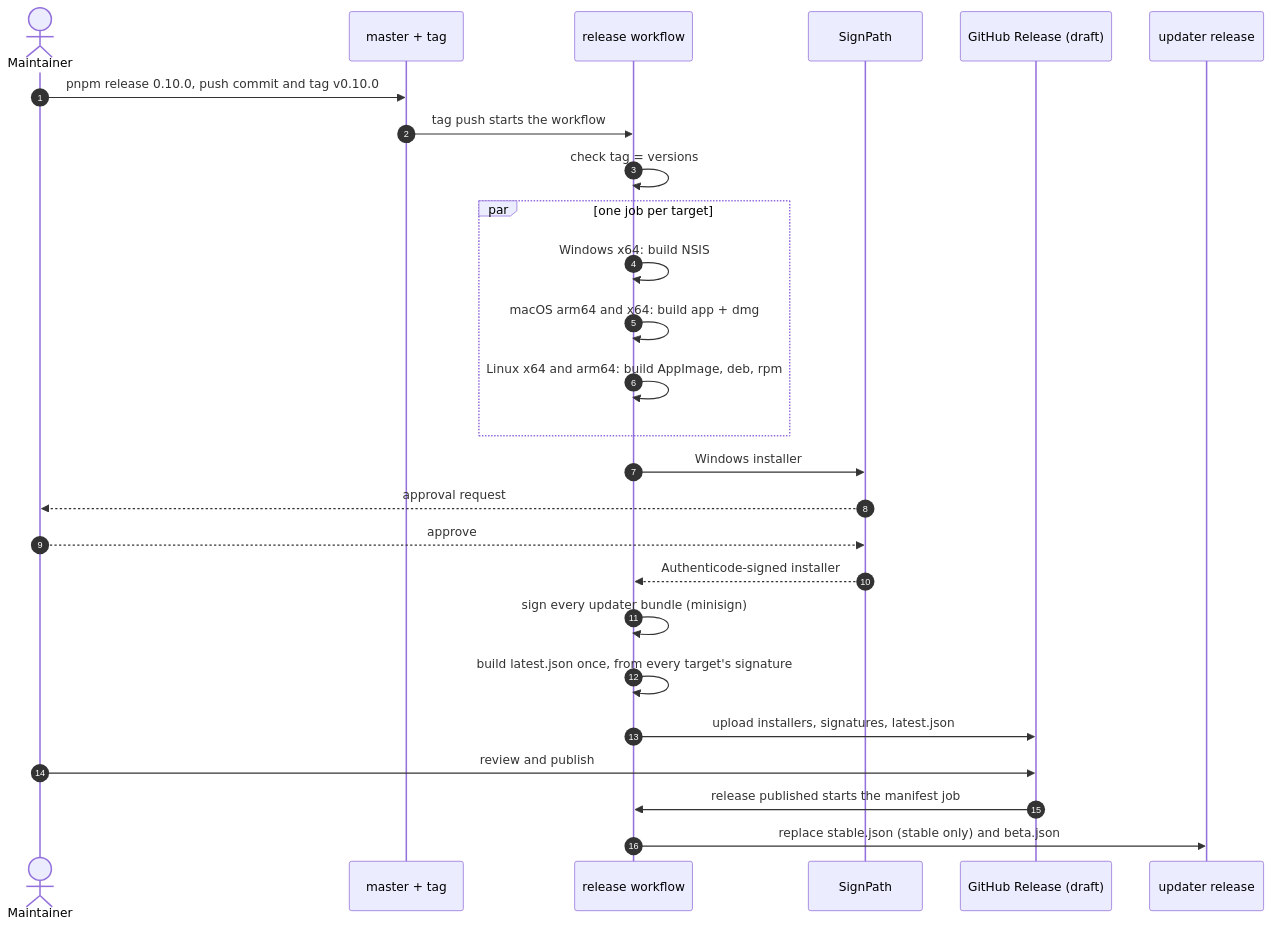
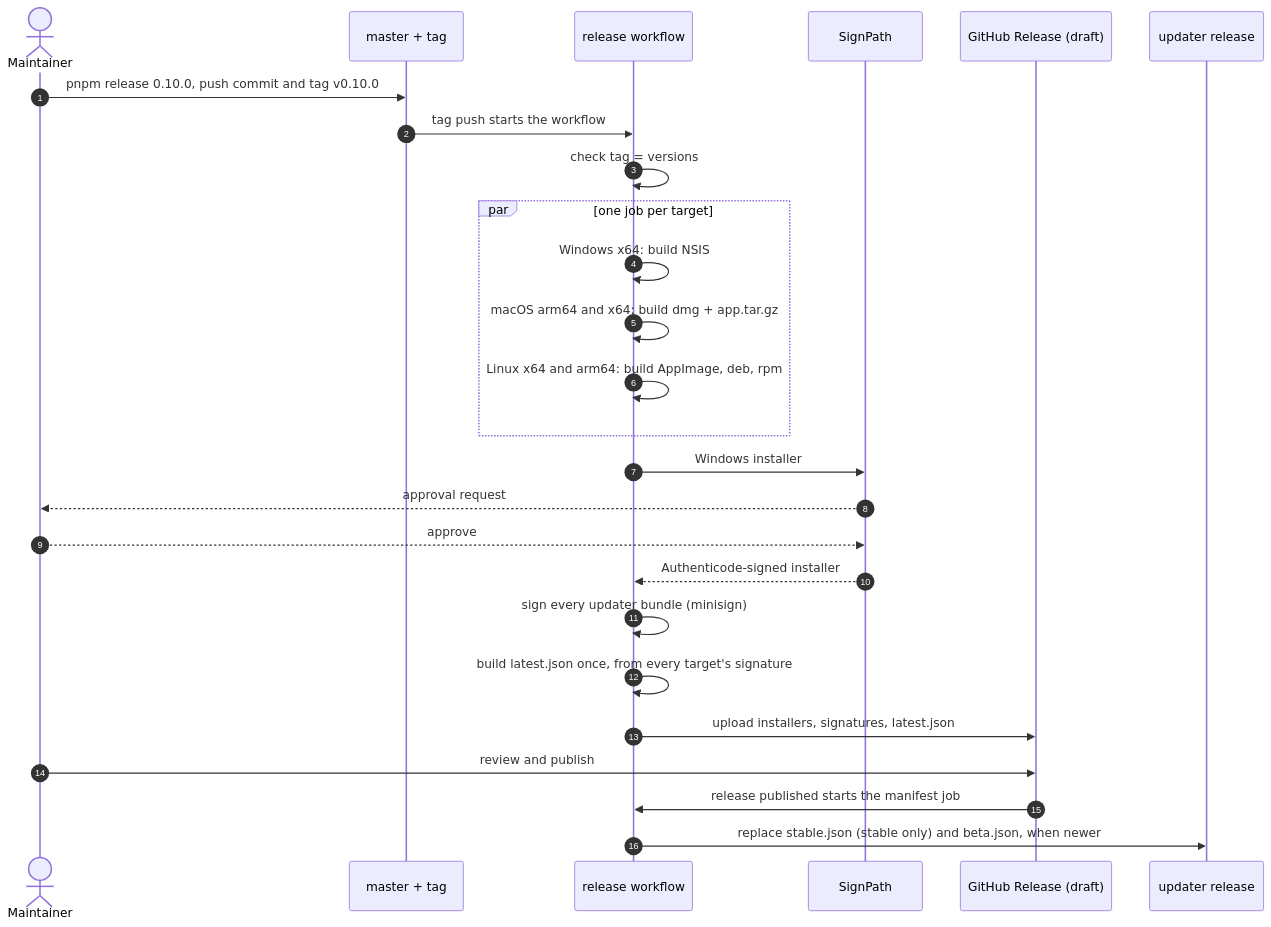
One commit to lucas-labs/lut changed the first of 2 diagrams in .docs/development/releasing.md. Above: the diagram before and after it, drawn with Mermaid. The commit also changed other lines of this file and 1 other file, not shown here.

````diff
--- a/.docs/development/releasing.md
+++ b/.docs/development/releasing.md
@@ -54,29 +56,29 @@
 ```mermaid
 sequenceDiagram
     autonumber
     actor M as Maintainer
     participant R as master + tag
     participant W as release workflow
     participant S as SignPath
     participant G as GitHub Release (draft)
     participant U as updater release
 
     M->>R: pnpm release 0.10.0, push commit and tag v0.10.0
     R->>W: tag push starts the workflow
     W->>W: check tag = versions
     par one job per target
         W->>W: Windows x64: build NSIS
-        W->>W: macOS arm64 and x64: build app + dmg
+        W->>W: macOS arm64 and x64: build dmg + app.tar.gz
         W->>W: Linux x64 and arm64: build AppImage, deb, rpm
     end
     W->>S: Windows installer
     S-->>M: approval request
     M-->>S: approve
     S-->>W: Authenticode-signed installer
     W->>W: sign every updater bundle (minisign)
     W->>W: build latest.json once, from every target's signature
     W->>G: upload installers, signatures, latest.json
     M->>G: review and publish
     G->>W: release published starts the manifest job
-    W->>U: replace stable.json (stable only) and beta.json
+    W->>U: replace stable.json (stable only) and beta.json, when newer
 ```
````
